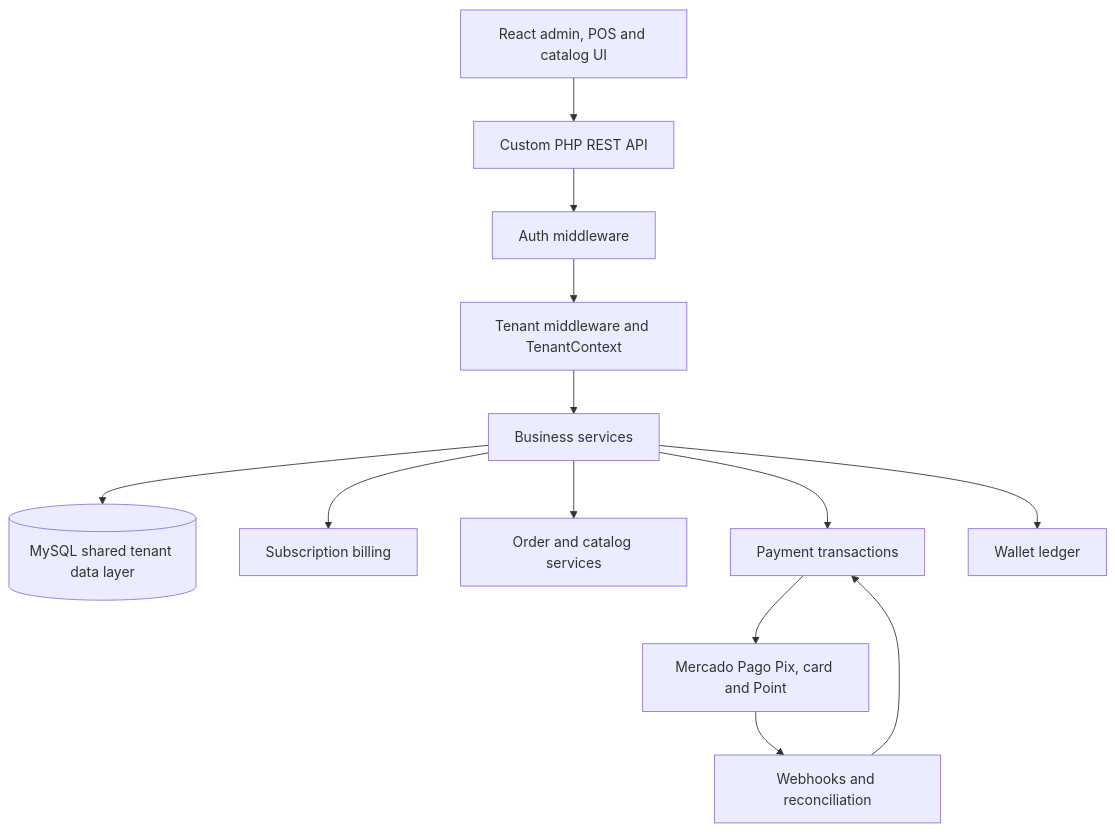
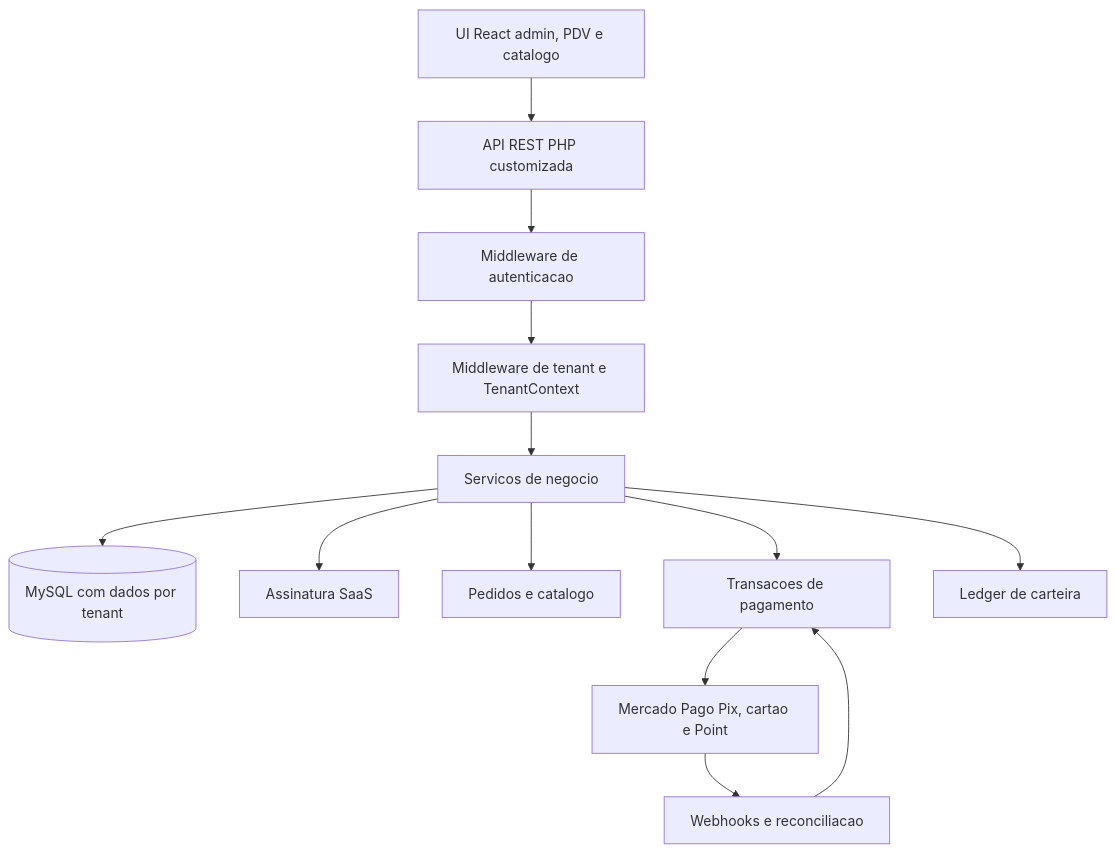
One commit to filpe19/acai-finance-case-study changed the second of 2 diagrams in README.md. Above: the diagram before and after it, drawn with Mermaid. The commit also changed other lines of this file, not shown here.

````diff
--- a/README.md
+++ b/README.md
@@ -42,17 +42,17 @@
 ```mermaid
 flowchart TB
-    A[React admin, POS and catalog UI] --> B[Custom PHP REST API]
-    B --> C[Auth middleware]
-    C --> D[Tenant middleware and TenantContext]
-    D --> E[Business services]
-    E --> F[(MySQL shared tenant data layer)]
+    A[UI React admin, PDV e catalogo] --> B[API REST PHP customizada]
+    B --> C[Middleware de autenticacao]
+    C --> D[Middleware de tenant e TenantContext]
+    D --> E[Servicos de negocio]
+    E --> F[(MySQL com dados por tenant)]
 
-    E --> G[Subscription billing]
-    E --> H[Order and catalog services]
-    E --> I[Payment transactions]
-    E --> J[Wallet ledger]
+    E --> G[Assinatura SaaS]
+    E --> H[Pedidos e catalogo]
+    E --> I[Transacoes de pagamento]
+    E --> J[Ledger de carteira]
 
-    I --> K[Mercado Pago Pix, card and Point]
-    K --> L[Webhooks and reconciliation]
+    I --> K[Mercado Pago Pix, cartao e Point]
+    K --> L[Webhooks e reconciliacao]
     L --> I
 ```
````
